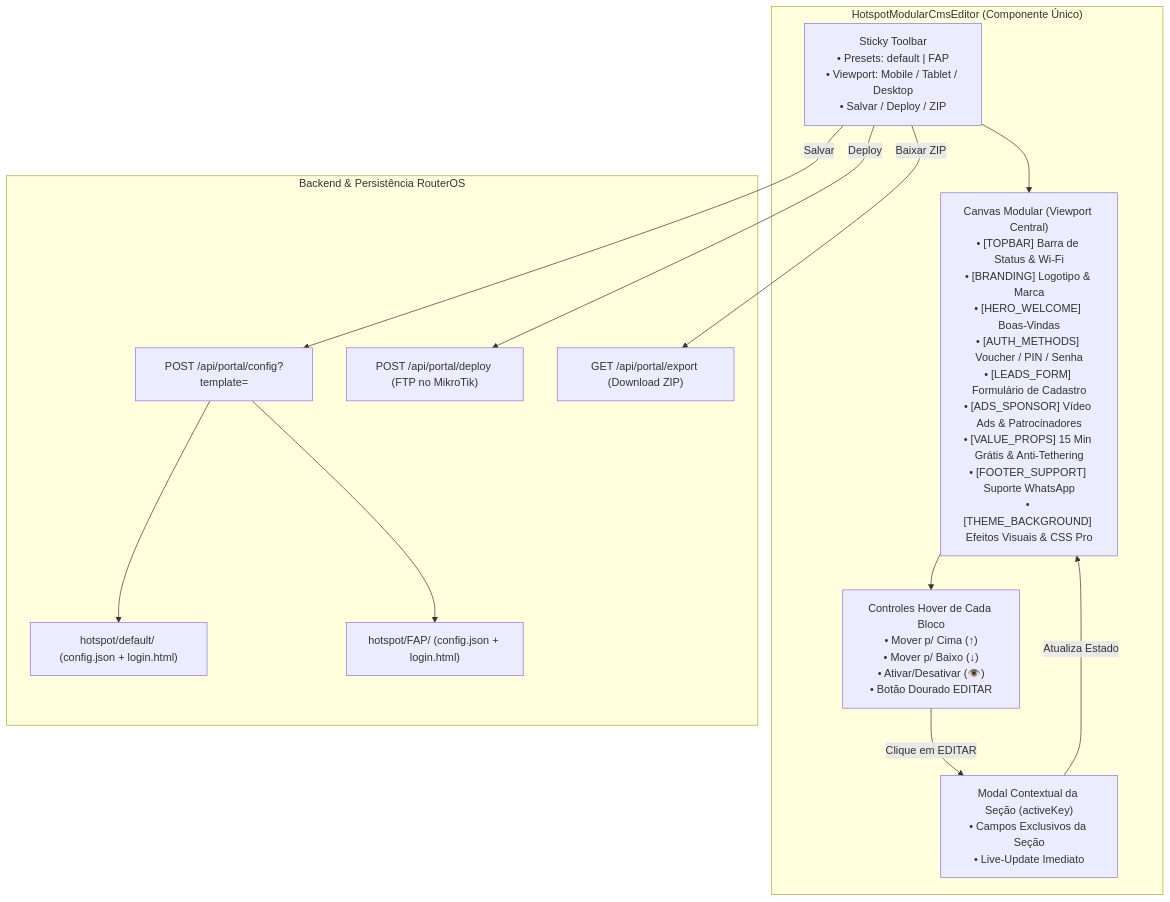
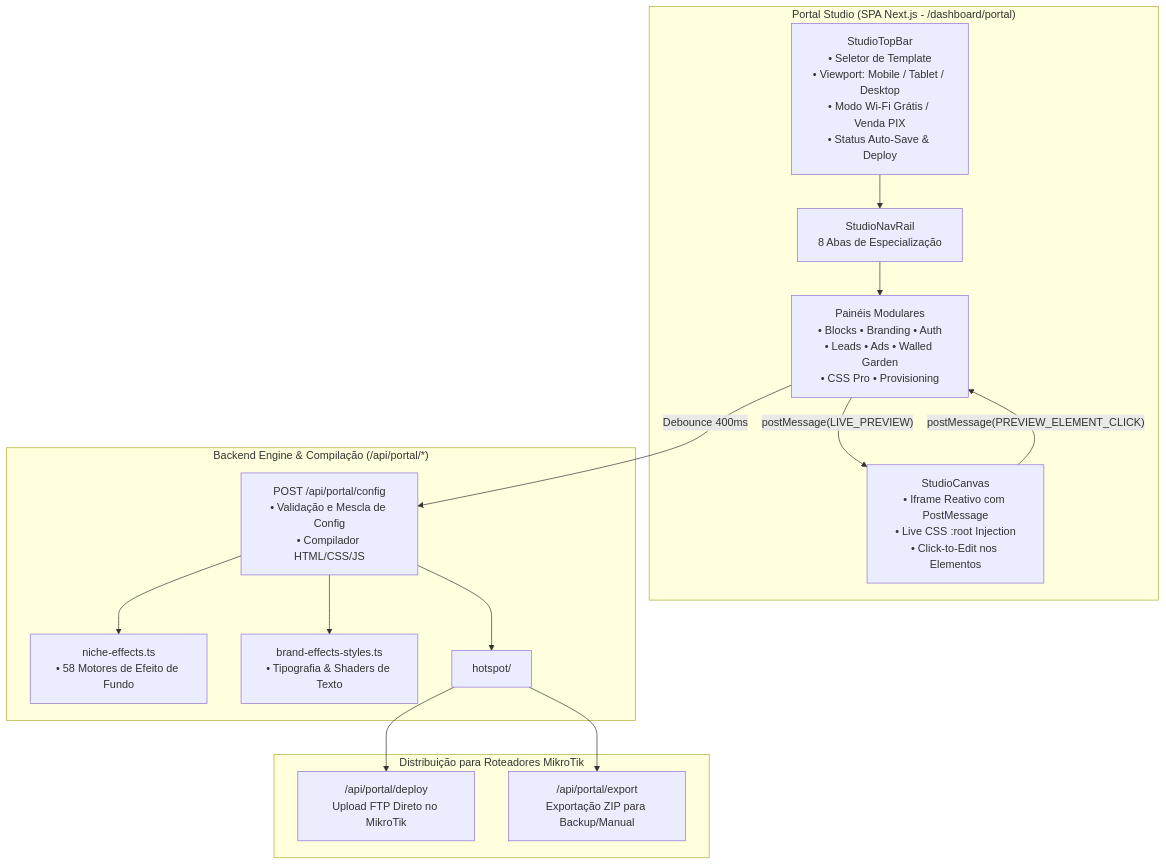
Before and after one commit to lyncolnsas/mikrogestor-voucher22: the diagram in docs/ARQUITETURA_HOTSPOT_VISUAL_CMS.md, drawn with Mermaid. The commit also changed other lines of this file and 7 other files, not shown here.

Commit message:
fix(portal-studio): UTF-8 config.json encoding, expose all 32 niche effects & update docs

````diff
--- a/docs/ARQUITETURA_HOTSPOT_VISUAL_CMS.md
+++ b/docs/ARQUITETURA_HOTSPOT_VISUAL_CMS.md
@@ -43,30 +18,32 @@
 ```mermaid
 flowchart TD
-    subgraph Editor_Unificado ["HotspotModularCmsEditor (Componente Único)"]
-        Toolbar["Sticky Toolbar\n• Presets: default | FAP\n• Viewport: Mobile / Tablet / Desktop\n• Salvar / Deploy / ZIP"]
-        
-        Canvas["Canvas Modular (Viewport Central)\n• [TOPBAR] Barra de Status & Wi-Fi\n• [BRANDING] Logotipo & Marca\n• [HERO_WELCOME] Boas-Vindas\n• [AUTH_METHODS] Voucher / PIN / Senha\n• [LEADS_FORM] Formulário de Cadastro\n• [ADS_SPONSOR] Vídeo Ads & Patrocinadores\n• [VALUE_PROPS] 15 Min Grátis & Anti-Tethering\n• [FOOTER_SUPPORT] Suporte WhatsApp\n• [THEME_BACKGROUND] Efeitos Visuais & CSS Pro"]
-        
-        Controls["Controles Hover de Cada Bloco\n• Mover p/ Cima (↑)\n• Mover p/ Baixo (↓)\n• Ativar/Desativar (👁️)\n• Botão Dourado EDITAR"]
-        
-        Modal["Modal Contextual da Seção (activeKey)\n• Campos Exclusivos da Seção\n• Live-Update Imediato"]
+    subgraph Frontend_Studio ["Portal Studio (SPA Next.js - /dashboard/portal)"]
+        TopBar["StudioTopBar\n• Seletor de Template\n• Viewport: Mobile / Tablet / Desktop\n• Modo Wi-Fi Grátis / Venda PIX\n• Status Auto-Save & Deploy"]
+        NavRail["StudioNavRail\n8 Abas de Especialização"]
+        Panels["Painéis Modulares\n• Blocks • Branding • Auth\n• Leads • Ads • Walled Garden\n• CSS Pro • Provisioning"]
+        Canvas["StudioCanvas\n• Iframe Reativo com PostMessage\n• Live CSS :root Injection\n• Click-to-Edit nos Elementos"]
     end
 
-    subgraph Backend_MikroTik ["Backend & Persistência RouterOS"]
-        ApiConfig["POST /api/portal/config?template=<preset>"]
-        ApiDeploy["POST /api/portal/deploy (FTP no MikroTik)"]
-        ApiExport["GET /api/portal/export (Download ZIP)"]
-        DiskDefault["hotspot/default/ (config.json + login.html)"]
-        DiskFAP["hotspot/FAP/ (config.json + login.html)"]
+    subgraph Backend_Pipeline ["Backend Engine & Compilação (/api/portal/*)"]
+        ApiConfig["POST /api/portal/config\n• Validação e Mescla de Config\n• Compilador HTML/CSS/JS"]
+        NicheEngine["niche-effects.ts\n• 58 Motores de Efeito de Fundo"]
+        BrandEngine["brand-effects-styles.ts\n• Tipografia & Shaders de Texto"]
+        DiskStore["hotspot/<template>/\n• config.json\n• login.html compilado\n• alogin.html, status.html, etc."]
     end
 
-    Toolbar --> Canvas
-    Canvas --> Controls
-    Controls -- "Clique em EDITAR" --> Modal
-    Modal -- "Atualiza Estado" --> Canvas
-    Toolbar -- "Salvar" --> ApiConfig
-    ApiConfig --> DiskDefault
-    ApiConfig --> DiskFAP
-    Toolbar -- "Deploy" --> ApiDeploy
-    Toolbar -- "Baixar ZIP" --> ApiExport
+    subgraph RouterOS_Distribution ["Distribuição para Roteadores MikroTik"]
+        FtpDeploy["/api/portal/deploy\nUpload FTP Direto no MikroTik"]
+        ZipExport["/api/portal/export\nExportação ZIP para Backup/Manual"]
+    end
+
+    TopBar --> NavRail
+    NavRail --> Panels
+    Panels -- "Debounce 400ms" --> ApiConfig
+    Panels -- "postMessage(LIVE_PREVIEW)" --> Canvas
+    Canvas -- "postMessage(PREVIEW_ELEMENT_CLICK)" --> Panels
+    ApiConfig --> NicheEngine
+    ApiConfig --> BrandEngine
+    ApiConfig --> DiskStore
+    DiskStore --> FtpDeploy
+    DiskStore --> ZipExport
 ```
````
